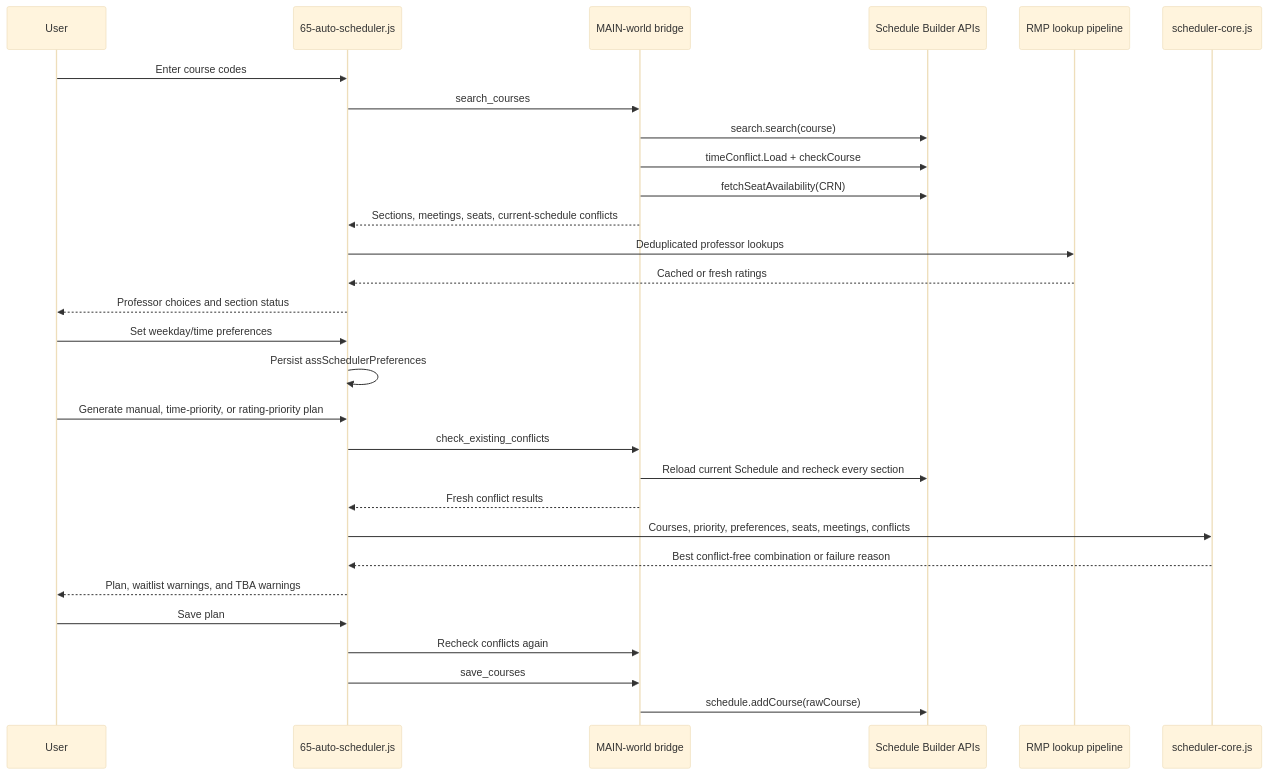
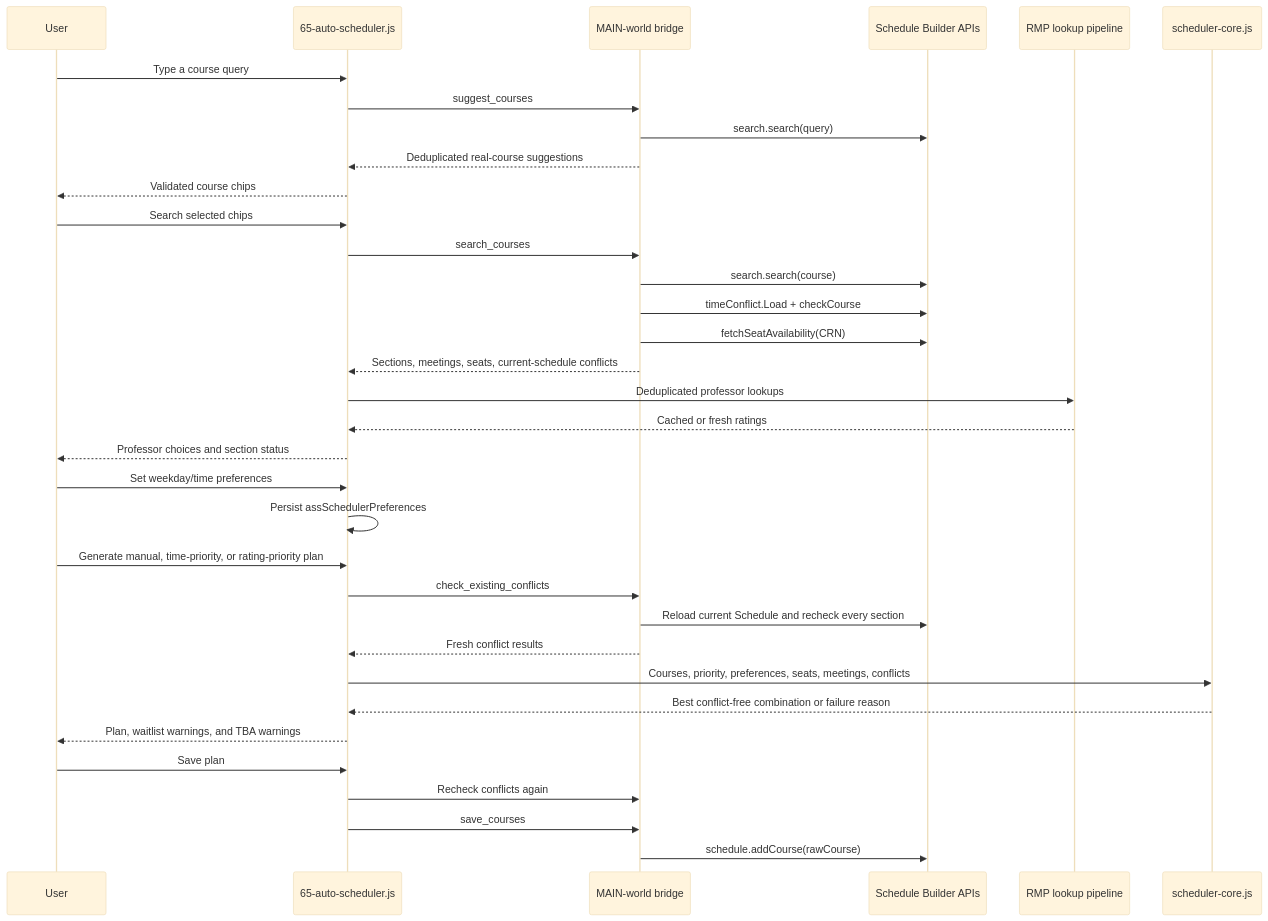
The second of 2 diagrams in docs/ARCHITECTURE.md (vijitdua/aggie-schedule-sniper), drawn with Mermaid (base theme) before and after one commit. The commit also changed other lines of this file and 11 other files, not shown here.

````diff
--- a/docs/ARCHITECTURE.md
+++ b/docs/ARCHITECTURE.md
@@ -160,34 +160,39 @@
 ```mermaid
 sequenceDiagram
   participant User
   participant UI as 65-auto-scheduler.js
   participant Bridge as MAIN-world bridge
   participant SB as Schedule Builder APIs
   participant RMP as RMP lookup pipeline
   participant Core as scheduler-core.js
 
-  User->>UI: Enter course codes
+  User->>UI: Type a course query
+  UI->>Bridge: suggest_courses
+  Bridge->>SB: search.search(query)
+  Bridge-->>UI: Deduplicated real-course suggestions
+  UI-->>User: Validated course chips
+  User->>UI: Search selected chips
   UI->>Bridge: search_courses
   Bridge->>SB: search.search(course)
   Bridge->>SB: timeConflict.Load + checkCourse
   Bridge->>SB: fetchSeatAvailability(CRN)
   Bridge-->>UI: Sections, meetings, seats, current-schedule conflicts
   UI->>RMP: Deduplicated professor lookups
   RMP-->>UI: Cached or fresh ratings
   UI-->>User: Professor choices and section status
 
   User->>UI: Set weekday/time preferences
   UI->>UI: Persist assSchedulerPreferences
   User->>UI: Generate manual, time-priority, or rating-priority plan
   UI->>Bridge: check_existing_conflicts
   Bridge->>SB: Reload current Schedule and recheck every section
   Bridge-->>UI: Fresh conflict results
   UI->>Core: Courses, priority, preferences, seats, meetings, conflicts
   Core-->>UI: Best conflict-free combination or failure reason
   UI-->>User: Plan, waitlist warnings, and TBA warnings
 
   User->>UI: Save plan
   UI->>Bridge: Recheck conflicts again
   UI->>Bridge: save_courses
   Bridge->>SB: schedule.addCourse(rawCourse)
 ```
````
